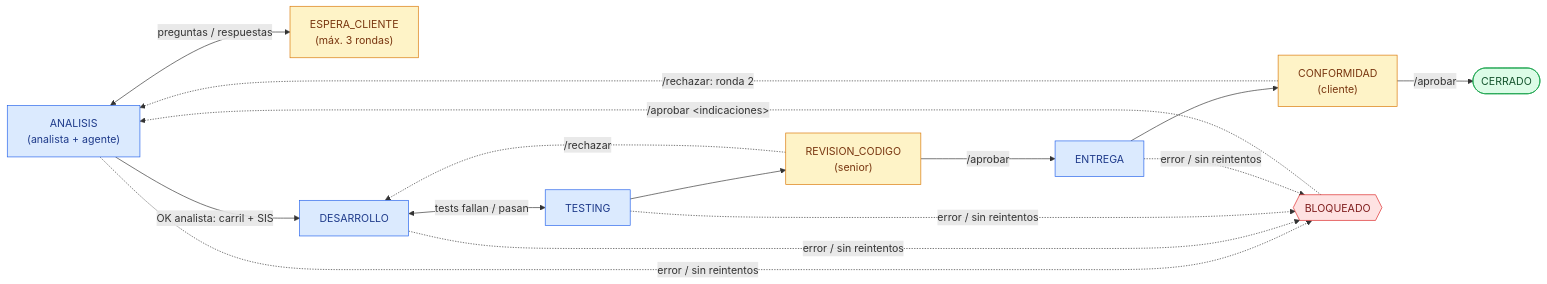
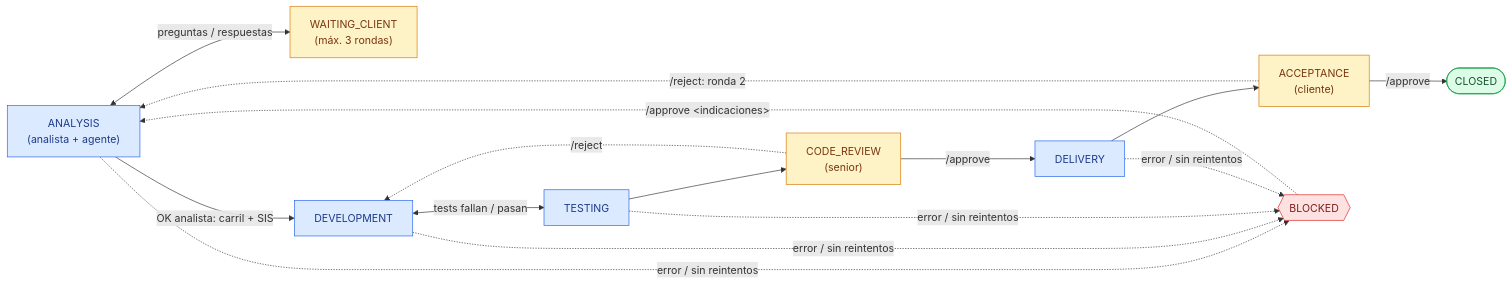
Before and after one commit to sistemas-telpin/orqen: the third of 3 diagrams in README.md, drawn with Mermaid. The commit also changed other lines of this file and 41 other files, not shown here.

````diff
--- a/README.md
+++ b/README.md
@@ -90,30 +90,30 @@
 ```mermaid
 flowchart LR
     classDef agente fill:#dbeafe,stroke:#2563eb,color:#1e3a8a
     classDef humano fill:#fef3c7,stroke:#d97706,color:#78350f
     classDef final fill:#dcfce7,stroke:#16a34a,color:#14532d
     classDef bloq fill:#fee2e2,stroke:#dc2626,color:#7f1d1d
 
-    ANALISIS["ANALISIS<br/>(analista + agente)"]:::agente
-    ESPERA["ESPERA_CLIENTE<br/>(máx. 3 rondas)"]:::humano
-    DESA["DESARROLLO"]:::agente
+    ANALYSIS["ANALYSIS<br/>(analista + agente)"]:::agente
+    ESPERA["WAITING_CLIENT<br/>(máx. 3 rondas)"]:::humano
+    DESA["DEVELOPMENT"]:::agente
     TEST["TESTING"]:::agente
-    REV["REVISION_CODIGO<br/>(senior)"]:::humano
-    ENTREGA["ENTREGA"]:::agente
-    CONF["CONFORMIDAD<br/>(cliente)"]:::humano
-    CERRADO(["CERRADO"]):::final
-    BLOQ{{"BLOQUEADO"}}:::bloq
+    REV["CODE_REVIEW<br/>(senior)"]:::humano
+    DELIVERY["DELIVERY"]:::agente
+    CONF["ACCEPTANCE<br/>(cliente)"]:::humano
+    CLOSED(["CLOSED"]):::final
+    BLOQ{{"BLOCKED"}}:::bloq
 
-    ANALISIS <-->|preguntas / respuestas| ESPERA
-    ANALISIS -->|"OK analista: carril + SIS"| DESA
+    ANALYSIS <-->|preguntas / respuestas| ESPERA
+    ANALYSIS -->|"OK analista: carril + SIS"| DESA
     DESA <-->|tests fallan / pasan| TEST
     TEST --> REV
-    REV -->|/aprobar| ENTREGA
-    REV -.->|/rechazar| DESA
-    ENTREGA --> CONF
-    CONF -->|/aprobar| CERRADO
-    CONF -.->|"/rechazar: ronda 2"| ANALISIS
+    REV -->|/approve| DELIVERY
+    REV -.->|/reject| DESA
+    DELIVERY --> CONF
+    CONF -->|/approve| CLOSED
+    CONF -.->|"/reject: ronda 2"| ANALYSIS
 
-    ANALISIS & DESA & TEST & ENTREGA -.->|error / sin reintentos| BLOQ
-    BLOQ -.->|"/aprobar &lt;indicaciones&gt;"| ANALISIS
+    ANALYSIS & DESA & TEST & DELIVERY -.->|error / sin reintentos| BLOQ
+    BLOQ -.->|"/approve &lt;indicaciones&gt;"| ANALYSIS
 ```
````
